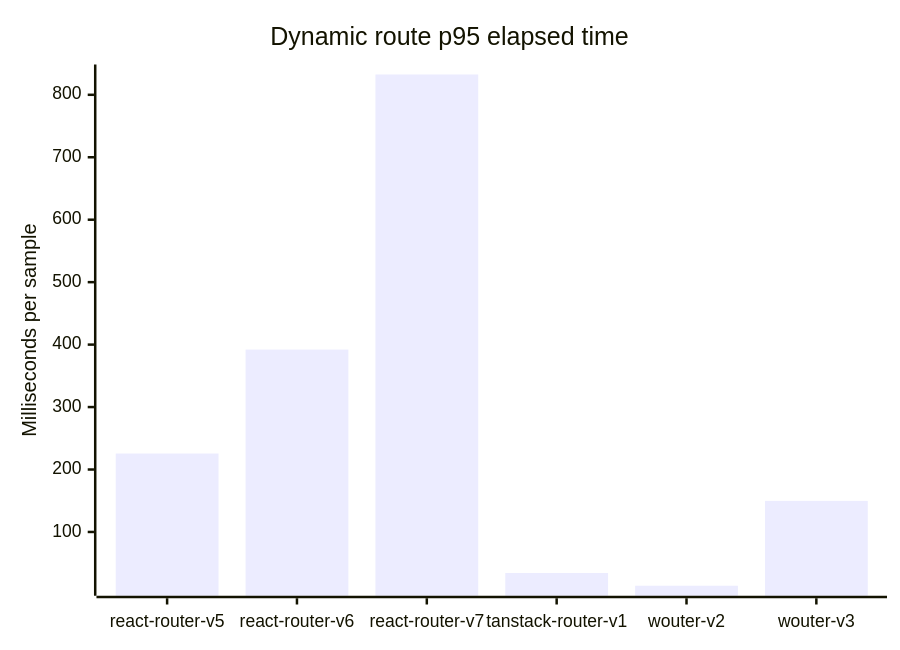
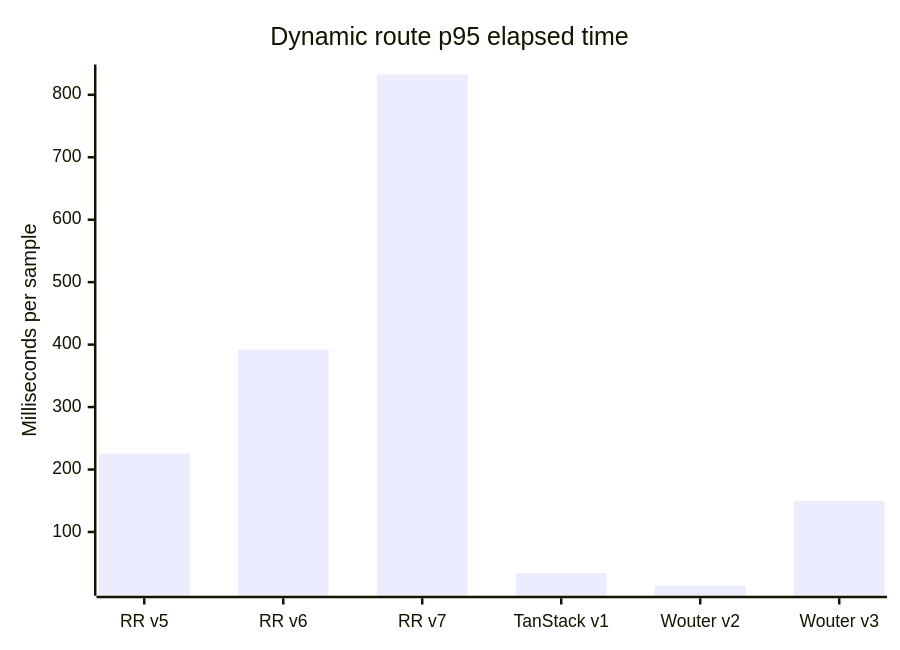
One commit to rudolfolah/benchmark-routers-for-react changed the second of 3 diagrams in README.md. Above: the diagram before and after it, drawn with Mermaid. The commit also changed other lines of this file and 1 other file, not shown here.

Commit message:
Shorten benchmark chart labels

````diff
--- a/README.md
+++ b/README.md
@@ -107,7 +108,7 @@
 ```mermaid
 xychart-beta
     title "Dynamic route p95 elapsed time"
-    x-axis ["react-router-v5", "react-router-v6", "react-router-v7", "tanstack-router-v1", "wouter-v2", "wouter-v3"]
+    x-axis ["RR v5", "RR v6", "RR v7", "TanStack v1", "Wouter v2", "Wouter v3"]
     y-axis "Milliseconds per sample"
     bar [225.628, 392.058, 832.505, 34.233, 13.874, 149.774]
 ```
````
